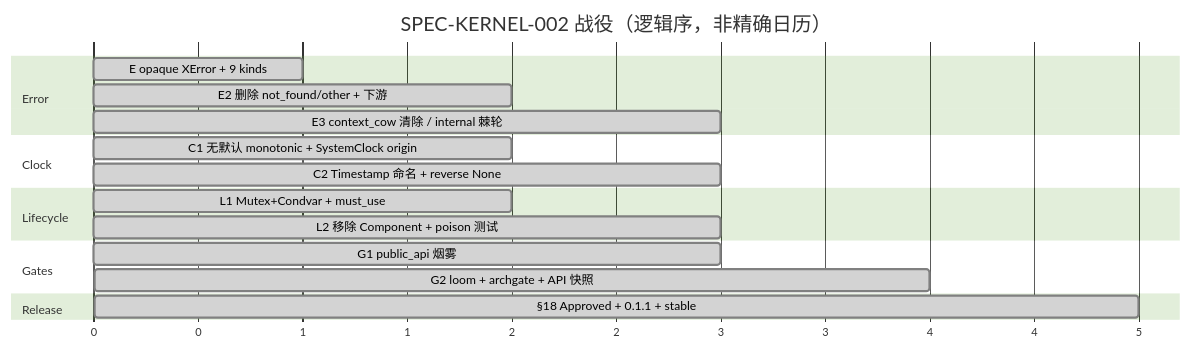
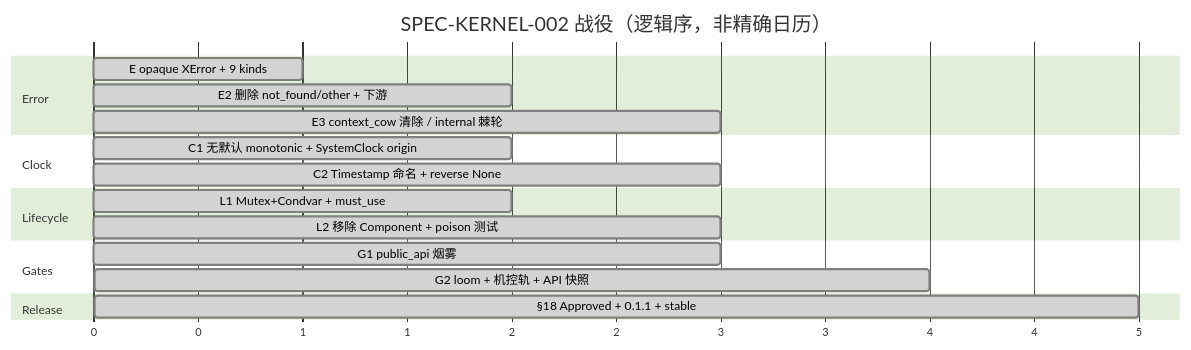
The fifth of 5 diagrams in .agents/ssot/kernel/design/DESIGN-KERNEL-002.md (xhyperium/infra.rs), drawn with Mermaid (forest theme) before and after one commit. The commit also changed other lines of this file and 120 other files, not shown here.

````diff
--- a/.agents/ssot/kernel/design/DESIGN-KERNEL-002.md
+++ b/.agents/ssot/kernel/design/DESIGN-KERNEL-002.md
@@ -635,21 +636,21 @@
 ```mermaid
 gantt
   title SPEC-KERNEL-002 战役（逻辑序，非精确日历）
   dateFormat X
   axisFormat %s
   section Error
   E  opaque XError + 9 kinds           :done, 0, 1
   E2 删除 not_found/other + 下游       :done, 1, 2
   E3 context_cow 清除 / internal 棘轮  :done, 2, 3
   section Clock
   C1 无默认 monotonic + SystemClock origin :done, 1, 2
   C2 Timestamp 命名 + reverse None         :done, 2, 3
   section Lifecycle
   L1 Mutex+Condvar + must_use              :done, 1, 2
   L2 移除 Component + poison 测试          :done, 2, 3
   section Gates
   G1 public_api 烟雾                       :done, 2, 3
-  G2 loom + archgate + API 快照            :done, 3, 4
+  G2 loom + 机控轨 + API 快照              :done, 3, 4
   section Release
   §18 Approved + 0.1.1 + stable            :done, 4, 5
 ```
````
